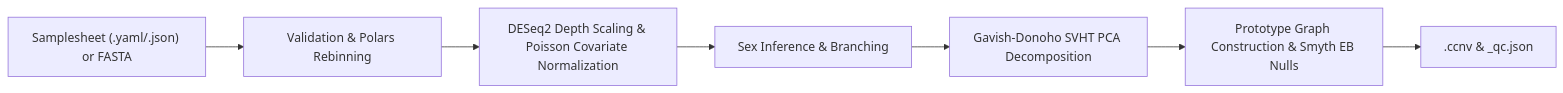
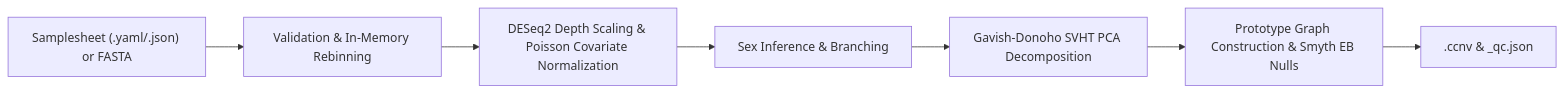
One commit to matthdsm/ccnv changed the second of 3 diagrams in docs/cli.md. Above: the diagram before and after it, drawn with Mermaid. The commit also changed other lines of this file and 15 other files, not shown here.

````diff
--- a/docs/cli.md
+++ b/docs/cli.md
@@ -75,9 +75,9 @@
 ```mermaid
 flowchart LR
-    A["Samplesheet (.yaml/.json) or FASTA"] --> B["Validation & Polars Rebinning"]
+    A["Samplesheet (.yaml/.json) or FASTA"] --> B["Validation & In-Memory Rebinning"]
     B --> C["DESeq2 Depth Scaling & Poisson Covariate Normalization"]
     C --> D["Sex Inference & Branching"]
     D --> E["Gavish-Donoho SVHT PCA Decomposition"]
     E --> F["Prototype Graph Construction & Smyth EB Nulls"]
     F --> G["<prefix>.ccnv & <prefix>_qc.json"]
 ```
````
